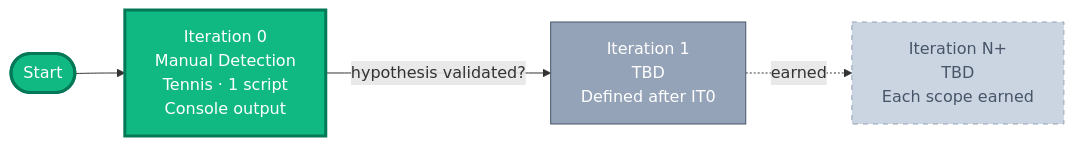
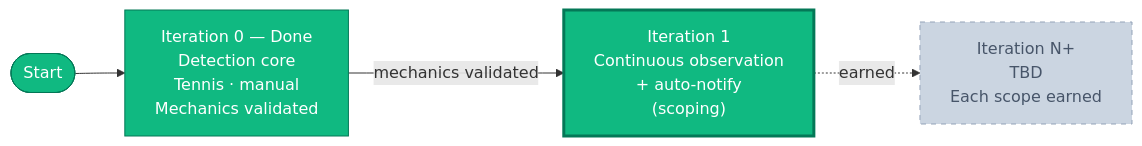
One commit to shollet/arb-sentinel changed the first of 2 diagrams in ROADMAP.md. Above: the diagram before and after it, drawn with Mermaid. The commit also changed other lines of this file and 1 other file, not shown here.

Commit message:
docs: close Iteration 0 and record validation verdict

````diff
--- a/ROADMAP.md
+++ b/ROADMAP.md
@@ -35,21 +35,22 @@
 ```mermaid
 flowchart LR
     Start([Start])
 
-    IT0["Iteration 0<br/>Manual Detection<br/>Tennis · 1 script<br/>Console output"]
-    IT1["Iteration 1<br/>TBD<br/>Defined after IT0"]
+    IT0["Iteration 0 — Done<br/>Detection core<br/>Tennis · manual<br/>Mechanics validated"]
+    IT1["Iteration 1<br/>Continuous observation<br/>+ auto-notify<br/>(scoping)"]
     ITN["Iteration N+<br/>TBD<br/>Each scope earned"]
 
     Start --> IT0
-    IT0 -->|hypothesis validated?| IT1
+    IT0 -->|mechanics validated| IT1
     IT1 -.->|earned| ITN
 
+    classDef done fill:#10b981,stroke:#047857,color:#fff,stroke-width:1px
     classDef current fill:#10b981,stroke:#047857,color:#fff,stroke-width:3px
     classDef next fill:#94a3b8,stroke:#475569,color:#fff,stroke-width:1px
     classDef future fill:#cbd5e1,stroke:#94a3b8,color:#475569,stroke-width:1px,stroke-dasharray: 5 5
 
-    class Start current
-    class IT0 current
-    class IT1 next
+    class Start done
+    class IT0 done
+    class IT1 current
     class ITN future
 ```
````
